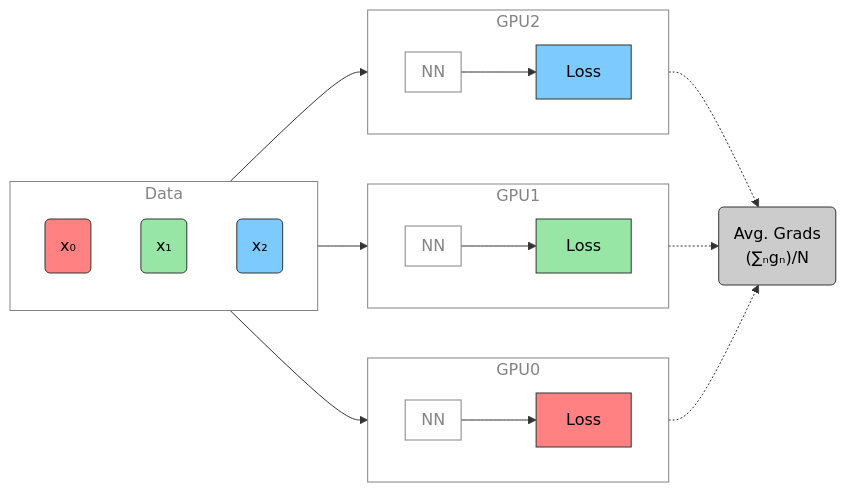
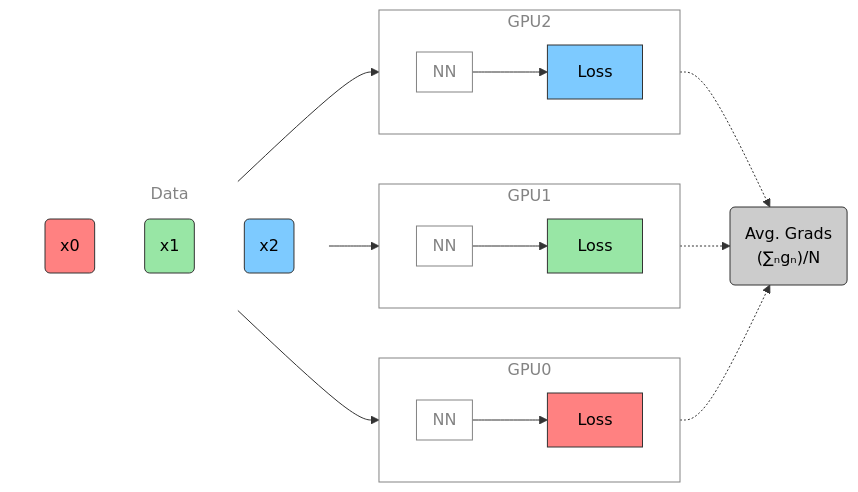
The third of 8 diagrams in docs/talks/2025/10/15/index.md (saforem2/personal_site), drawn with Mermaid before and after one commit. The commit also changed other lines of this file and 12 other files, not shown here.

````diff
--- a/docs/talks/2025/10/15/index.md
+++ b/docs/talks/2025/10/15/index.md
@@ -227,54 +230,56 @@
 ``` mermaid
 flowchart LR
     subgraph D["`Data`"]
         direction TB
-        x("`x₀`")
-        x1("`x₁`")
-        x2("`x₂`")
+        x("`x0`")
+        x1("`x1`")
+        x2("`x2`")
     end
     direction LR
     subgraph G0["`GPU0`"]
         direction LR
         subgraph N0["`NN`"]
         end
         L0["`Loss`"]
     end
     subgraph G1["`GPU1`"]
         direction LR
         subgraph N1["`NN`"]
         end
         L1["`Loss`"]
     end
     subgraph G2["`GPU2`"]
         direction LR
         subgraph N2["`NN`"]
         end
         L2["`Loss`"]
     end
     ar("`Avg. Grads<br>(∑ₙgₙ)/N`")
     x --> G0
     x1 --> G1
     x2 --> G2
     N0 --> L0
     N1 --> L1
     N2 --> L2
     L0 -.-> ar
     L1 -.-> ar
     L2 -.-> ar
+classDef eblock fill:#CCCCCC02,stroke:#838383,stroke-width:0px,color:#838383
 classDef block fill:#CCCCCC02,stroke:#838383,stroke-width:1px,color:#838383
 classDef grey fill:#cccccc,stroke:#333,stroke-width:1px,color:#000
 classDef red fill:#ff8181,stroke:#333,stroke-width:1px,color:#000
 classDef orange fill:#FFC47F,stroke:#333,stroke-width:1px,color:#000
 classDef yellow fill:#FFFF7F,stroke:#333,stroke-width:1px,color:#000
 classDef green fill:#98E6A5,stroke:#333,stroke-width:1px,color:#000
 classDef blue fill:#7DCAFF,stroke:#333,stroke-width:1px,color:#000
 classDef purple fill:#FFCBE6,stroke:#333,stroke-width:1px,color:#000
 classDef text fill:#CCCCCC02,stroke:#838383,stroke-width:0px,color:#838383
 class x,y0,L0 red
 class x1,L1 green
 class x2,L2 blue
 class x3,ar grey
-class D,N0,N1,N2,G0,G1,G2,GU block
+class N0,N1,N2,G0,G1,G2,GU block
+class D eblock
 class AR block
 class bc text
 ```
````
